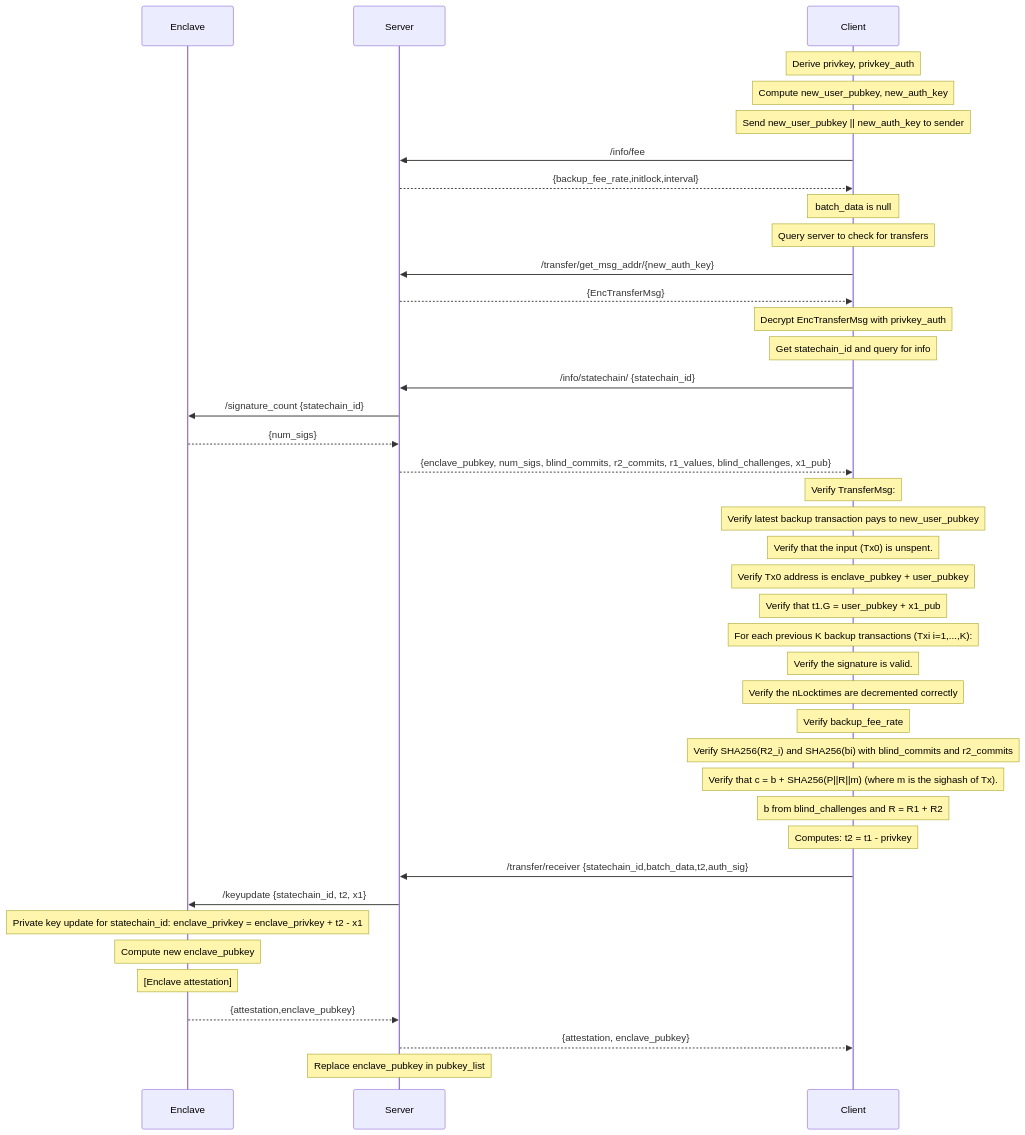
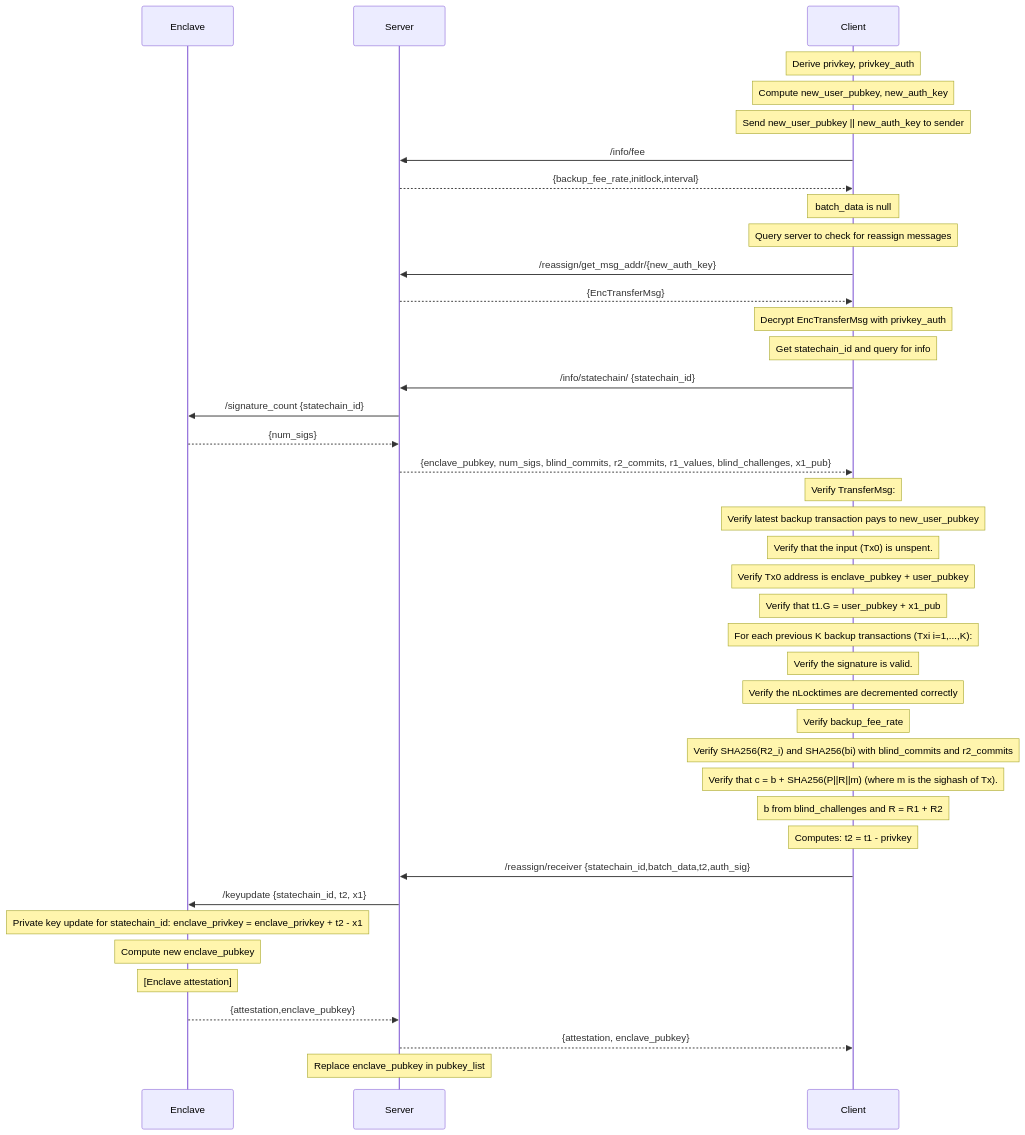
The diagram in docs/transfer_receiver_sequence.md (commerceblock/mercurylayer), drawn with Mermaid before and after one commit. The commit also changed other lines of this file and 10 other files, not shown here.

````diff
--- a/docs/transfer_receiver_sequence.md
+++ b/docs/transfer_receiver_sequence.md
@@ -3,42 +3,42 @@
 ```mermaid
 sequenceDiagram
     participant Enclave
     participant Server
     participant Client
     note over Client: Derive privkey, privkey_auth
     note over Client: Compute new_user_pubkey, new_auth_key
     note over Client: Send new_user_pubkey || new_auth_key to sender
     Client->>Server: /info/fee
     Server-->>Client: {backup_fee_rate,initlock,interval}
     note over Client: batch_data is null
-    note over Client: Query server to check for transfers
-    Client->>Server: /transfer/get_msg_addr/{new_auth_key}
+    note over Client: Query server to check for reassign messages
+    Client->>Server: /reassign/get_msg_addr/{new_auth_key}
     Server-->>Client: {EncTransferMsg}
     note over Client: Decrypt EncTransferMsg with privkey_auth
     note over Client: Get statechain_id and query for info
     Client->>Server: /info/statechain/ {statechain_id}
     Server->>Enclave: /signature_count {statechain_id}
     Enclave-->>Server: {num_sigs}
     Server-->>Client: {enclave_pubkey, num_sigs, blind_commits, r2_commits, r1_values, blind_challenges, x1_pub}
     note over Client: Verify TransferMsg:
     note over Client: Verify latest backup transaction pays to new_user_pubkey
     note over Client: Verify that the input (Tx0) is unspent.
     note over Client: Verify Tx0 address is enclave_pubkey + user_pubkey
     note over Client: Verify that t1.G = user_pubkey + x1_pub
     note over Client: For each previous K backup transactions (Txi i=1,...,K):
     note over Client: Verify the signature is valid.
     note over Client: Verify the nLocktimes are decremented correctly
     note over Client: Verify backup_fee_rate
     note over Client: Verify SHA256(R2_i) and SHA256(bi) with blind_commits and r2_commits
     note over Client: Verify that c = b + SHA256(P||R||m) (where m is the sighash of Tx).
     note over Client: b from blind_challenges and R = R1 + R2
     note over Client: Computes: t2 = t1 - privkey
-    Client->>Server: /transfer/receiver {statechain_id,batch_data,t2,auth_sig}
+    Client->>Server: /reassign/receiver {statechain_id,batch_data,t2,auth_sig}
     Server->>Enclave: /keyupdate {statechain_id, t2, x1}
     note over Enclave: Private key update for statechain_id: enclave_privkey = enclave_privkey + t2 - x1
     note over Enclave: Compute new enclave_pubkey
     note over Enclave: [Enclave attestation]
     Enclave-->>Server: {attestation,enclave_pubkey}
     Server-->>Client: {attestation, enclave_pubkey}
     note over Server: Replace enclave_pubkey in pubkey_list
 ```
````
